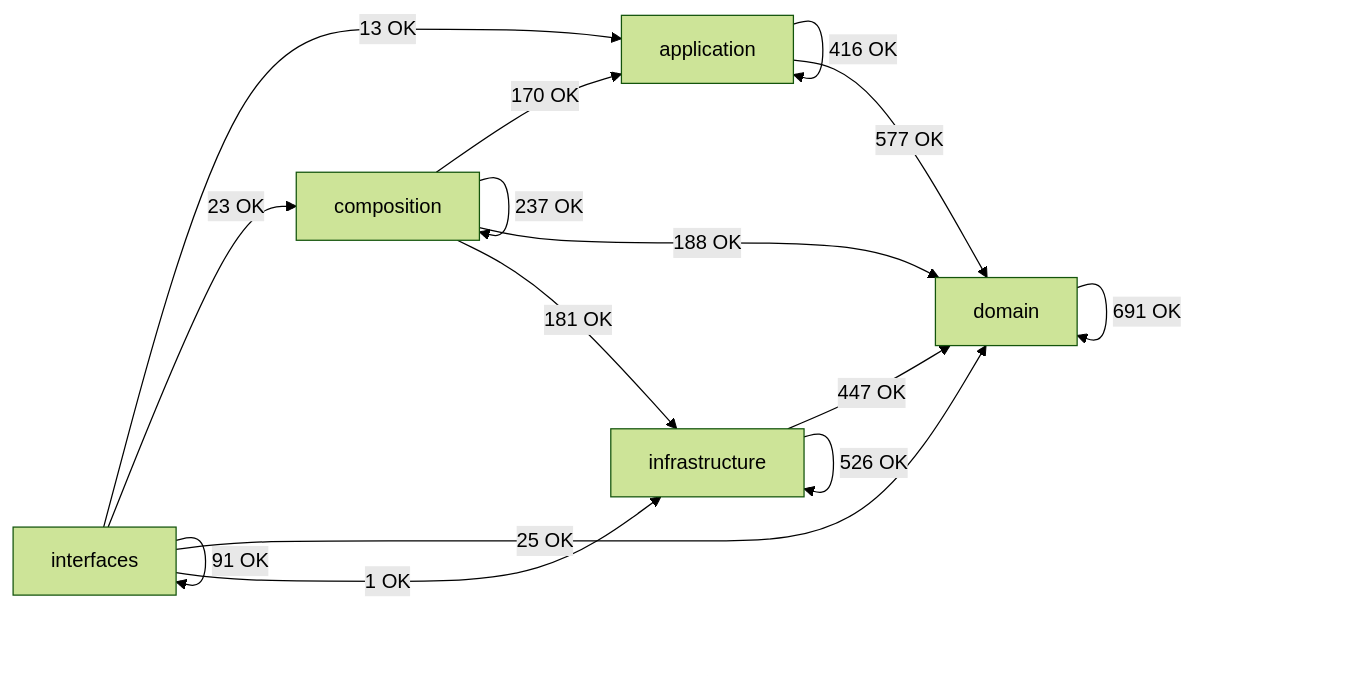
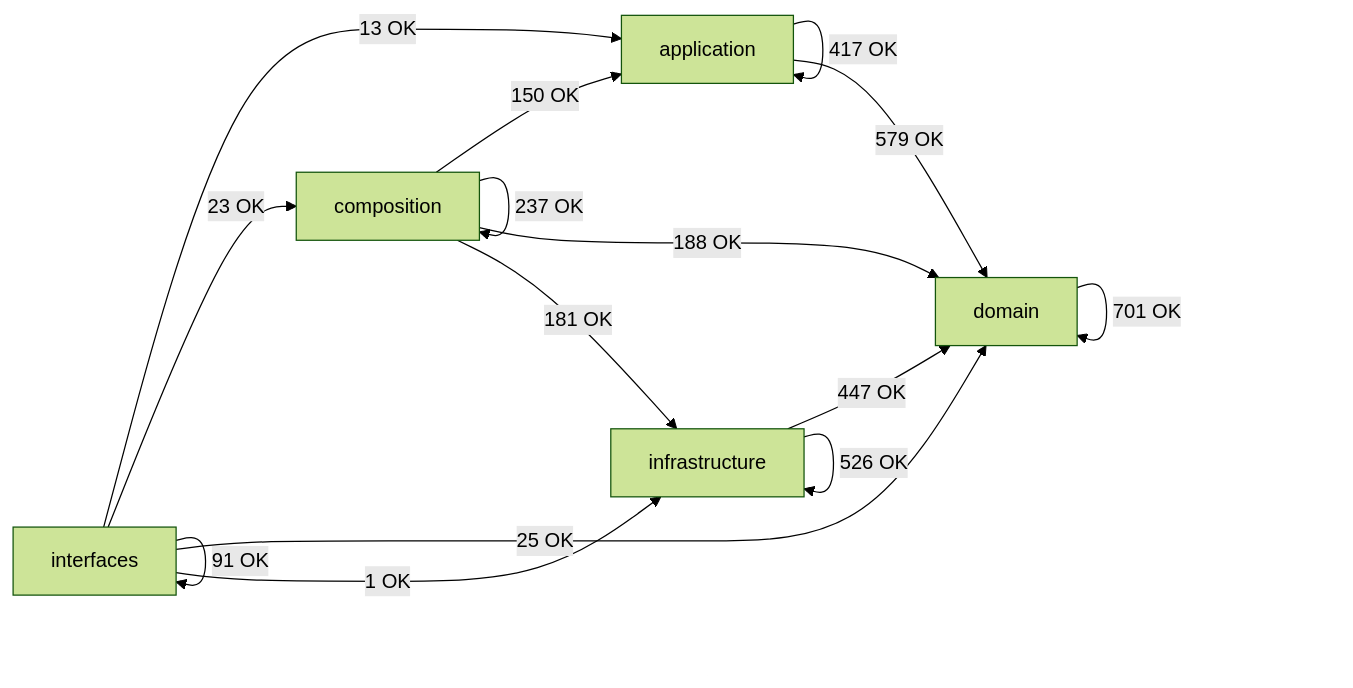
Before and after one commit to SatoryKono/BioactivityDataAcquisition: the diagram in docs/02-architecture/generated/module-dependency-map.md, drawn with Mermaid (forest theme). The commit also changed other lines of this file and 50 other files, not shown here.

First line of the commit message:
refactor(metrics): reduce size and complexity of architecture metric exemptions configuration

````diff
--- a/docs/02-architecture/generated/module-dependency-map.md
+++ b/docs/02-architecture/generated/module-dependency-map.md
@@ -15,22 +15,22 @@
 ```mermaid
 flowchart LR
     domain[domain]
     application[application]
     infrastructure[infrastructure]
     composition[composition]
     interfaces[interfaces]
-    application -->|416 OK| application
-    application -->|577 OK| domain
-    composition -->|170 OK| application
+    application -->|417 OK| application
+    application -->|579 OK| domain
+    composition -->|150 OK| application
     composition -->|237 OK| composition
     composition -->|188 OK| domain
     composition -->|181 OK| infrastructure
-    domain -->|691 OK| domain
+    domain -->|701 OK| domain
     infrastructure -->|447 OK| domain
     infrastructure -->|526 OK| infrastructure
     interfaces -->|13 OK| application
     interfaces -->|23 OK| composition
     interfaces -->|25 OK| domain
     interfaces -->|1 OK| infrastructure
     interfaces -->|91 OK| interfaces
 ```
````
